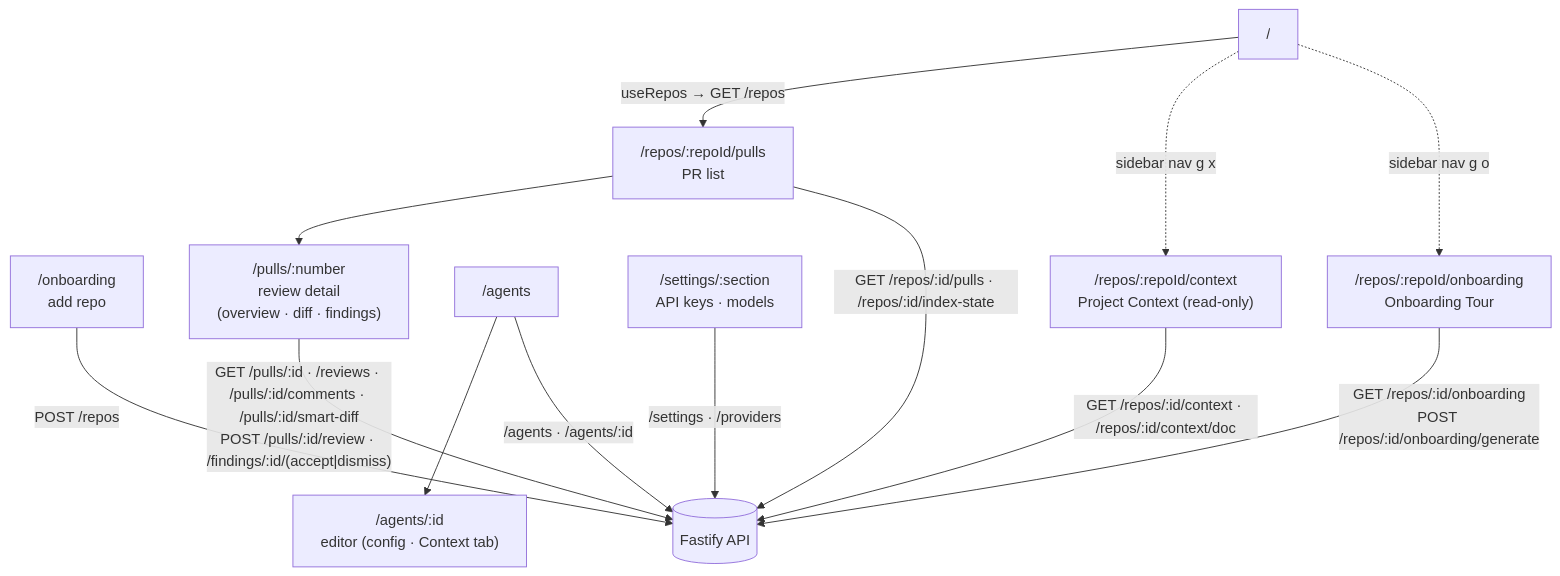
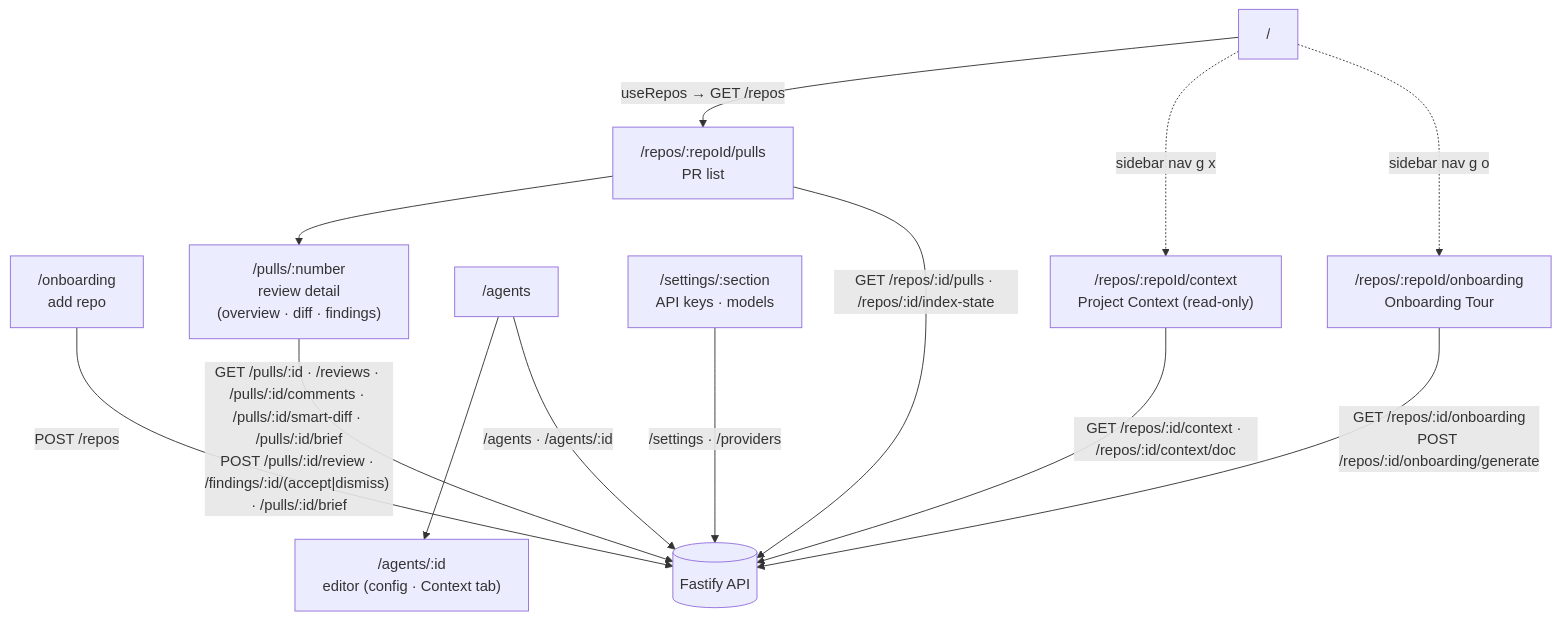
The first of 2 diagrams in client/README.md (GAndriyS/dev-digest), drawn with Mermaid before and after one commit. The commit also changed other lines of this file and 1 other file, not shown here.

First line of the commit message:
docs(brief): document the Why + Risk Brief in the server and client READMEs

````diff
--- a/client/README.md
+++ b/client/README.md
@@ -24,18 +24,18 @@
 ```mermaid
 flowchart TD
   ROOT["/"] -->|"useRepos → GET /repos"| PULLS["/repos/:repoId/pulls<br/>PR list"]
   ONB["/onboarding<br/>add repo"] -->|"POST /repos"| API[("Fastify API")]
   PULLS --> PR["/pulls/:number<br/>review detail<br/>(overview · diff · findings)"]
 
   AGENTS["/agents"] --> AGENT["/agents/:id<br/>editor (config · Context tab)"]
   SETTINGS["/settings/:section<br/>API keys · models"]
   ROOT -.->|"sidebar nav g x"| CONTEXT["/repos/:repoId/context<br/>Project Context (read-only)"]
   ROOT -.->|"sidebar nav g o"| ONBOARDING["/repos/:repoId/onboarding<br/>Onboarding Tour"]
 
   PULLS -->|"GET /repos/:id/pulls · /repos/:id/index-state"| API
-  PR -->|"GET /pulls/:id · /reviews · /pulls/:id/comments · /pulls/:id/smart-diff<br/>POST /pulls/:id/review · /findings/:id/(accept|dismiss)"| API
+  PR -->|"GET /pulls/:id · /reviews · /pulls/:id/comments · /pulls/:id/smart-diff · /pulls/:id/brief<br/>POST /pulls/:id/review · /findings/:id/(accept|dismiss) · /pulls/:id/brief"| API
   AGENTS -->|"/agents · /agents/:id"| API
   SETTINGS -->|"/settings · /providers"| API
   CONTEXT -->|"GET /repos/:id/context · /repos/:id/context/doc"| API
   ONBOARDING -->|"GET /repos/:id/onboarding<br/>POST /repos/:id/onboarding/generate"| API
 ```
````
